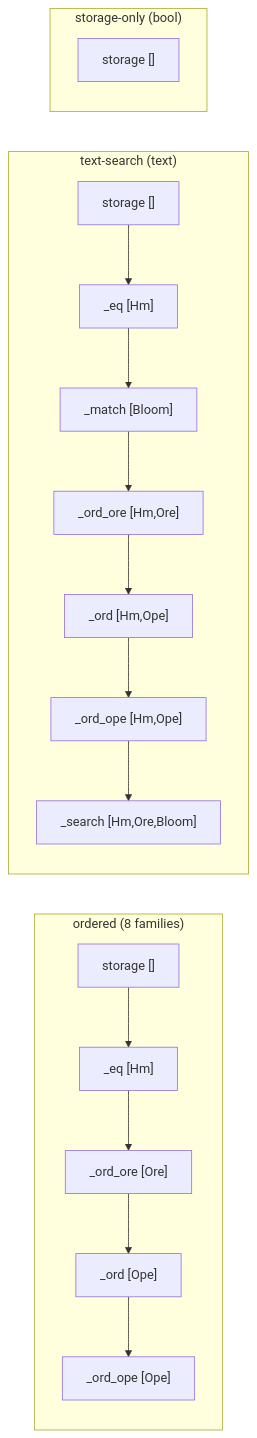
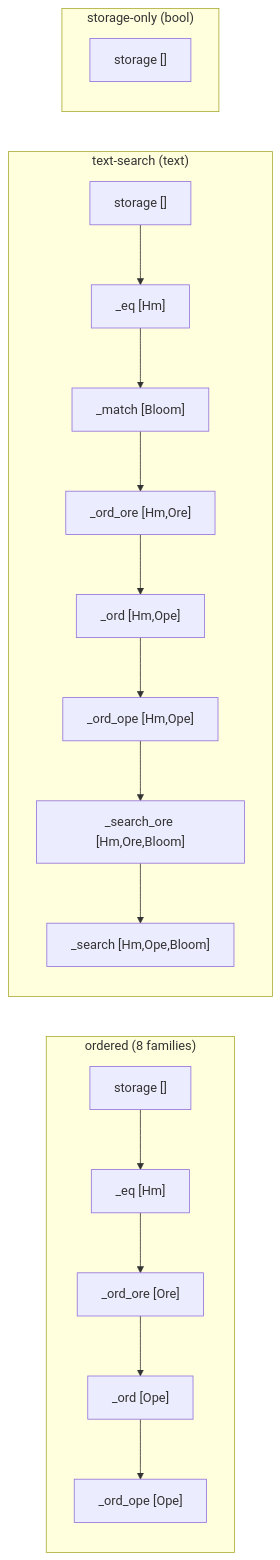
Before and after one commit to cipherstash/encrypt-query-language: the third of 15 diagrams in docs/reference/catalog-driven-architecture.md, drawn with Mermaid. The commit also changed 174 other files, not shown here.

````diff
--- a/docs/reference/catalog-driven-architecture.md
+++ b/docs/reference/catalog-driven-architecture.md
@@ -170,14 +170,14 @@
 ```mermaid
 flowchart LR
     subgraph ordered["ordered (8 families)"]
         direction TB
         o1["storage []"] --> o2["_eq [Hm]"] --> o3["_ord_ore [Ore]"] --> o4["_ord [Ope]"] --> o5["_ord_ope [Ope]"]
     end
     subgraph text["text-search (text)"]
         direction TB
-        t1["storage []"] --> t2["_eq [Hm]"] --> t3["_match [Bloom]"] --> t4["_ord_ore [Hm,Ore]"] --> t5["_ord [Hm,Ope]"] --> t6["_ord_ope [Hm,Ope]"] --> t7["_search [Hm,Ore,Bloom]"]
+        t1["storage []"] --> t2["_eq [Hm]"] --> t3["_match [Bloom]"] --> t4["_ord_ore [Hm,Ore]"] --> t5["_ord [Hm,Ope]"] --> t6["_ord_ope [Hm,Ope]"] --> t7["_search_ore [Hm,Ore,Bloom]"] --> t8["_search [Hm,Ope,Bloom]"]
     end
     subgraph storage["storage-only (bool)"]
         s1["storage []"]
     end
 ```
````
